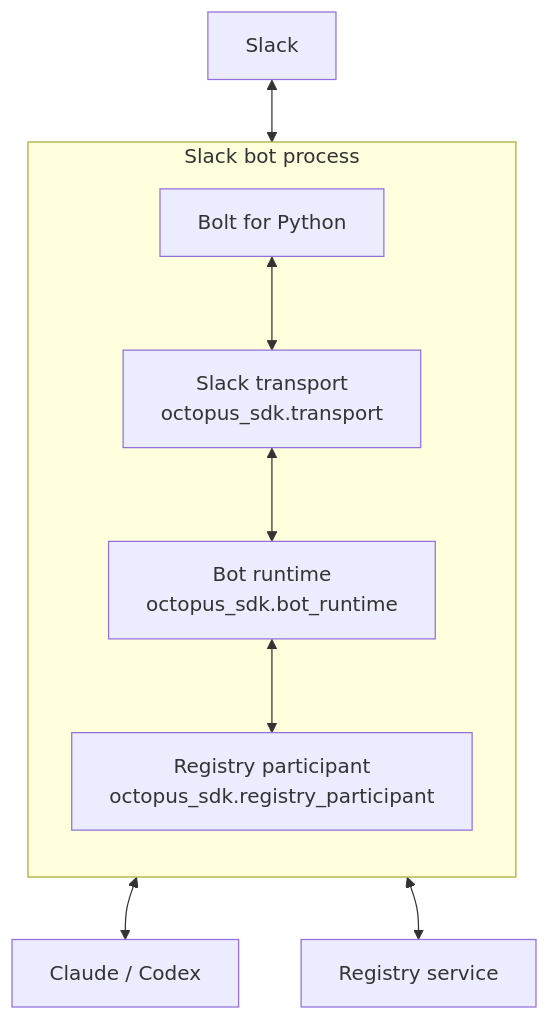
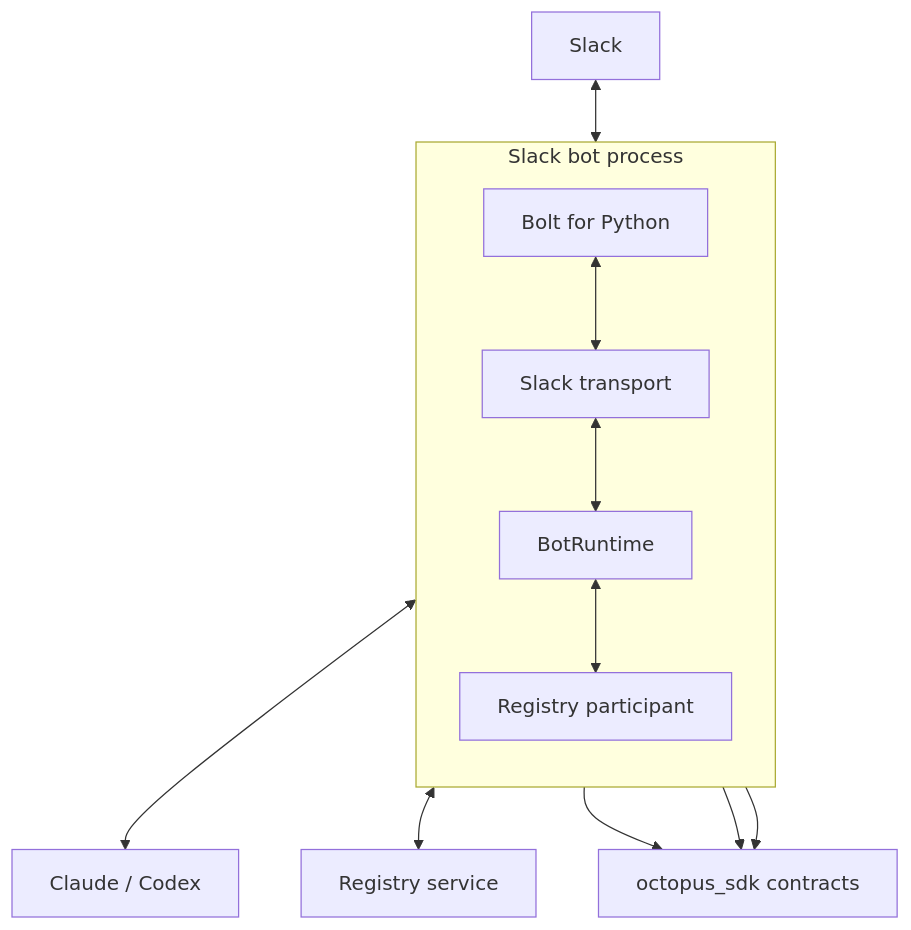
Before and after one commit to privacynow/octopus: the third of 7 diagrams in ARCHITECTURE.md, drawn with Mermaid. The commit also changed other lines of this file, not shown here.

````diff
--- a/ARCHITECTURE.md
+++ b/ARCHITECTURE.md
@@ -262,22 +288,26 @@
 ```mermaid
 flowchart TB
     Slack["Slack"]
 
     subgraph Bot["Slack bot process"]
         direction TB
         Bolt["Bolt for Python"]
-        Transport["Slack transport<br/>octopus_sdk.transport"]
-        Runtime["Bot runtime<br/>octopus_sdk.bot_runtime"]
-        Participant["Registry participant<br/>octopus_sdk.registry_participant"]
+        Transport["Slack transport"]
+        Runtime["BotRuntime"]
+        Participant["Registry participant"]
     end
 
     Provider["Claude / Codex"]
     Registry["Registry service"]
+    SDK["octopus_sdk contracts"]
 
     Slack <--> Bolt
     Bolt <--> Transport
     Transport <--> Runtime
     Runtime <--> Provider
     Runtime <--> Participant
     Participant <--> Registry
+    Transport --> SDK
+    Runtime --> SDK
+    Participant --> SDK
 ```
````
